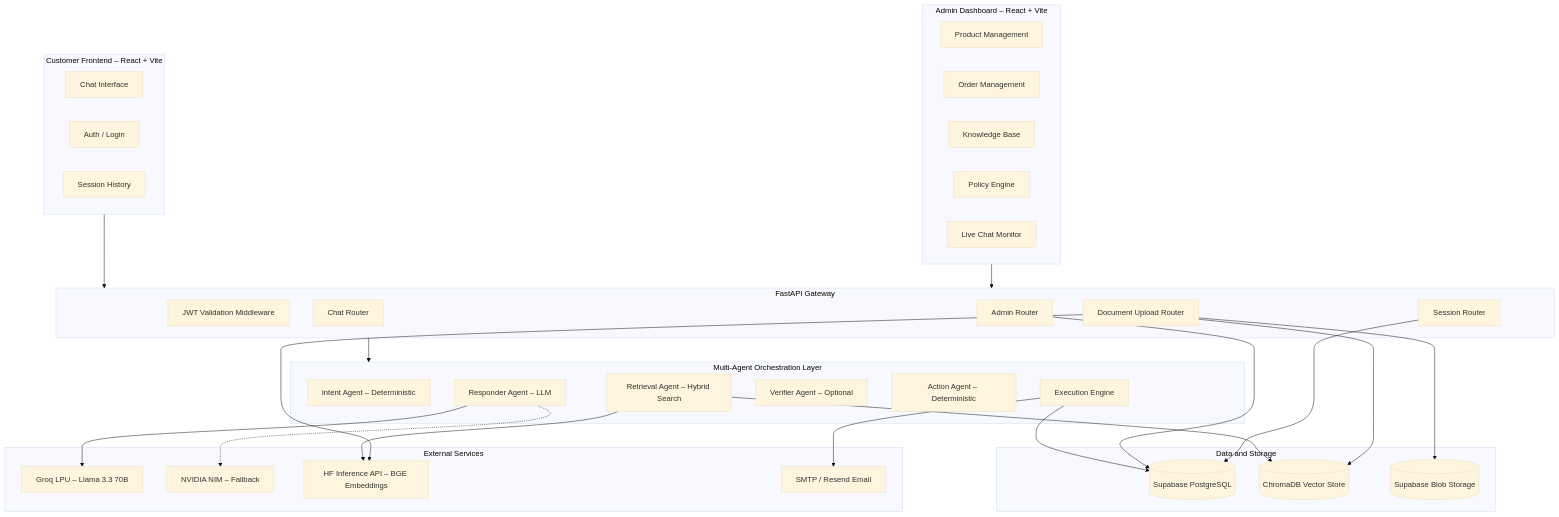
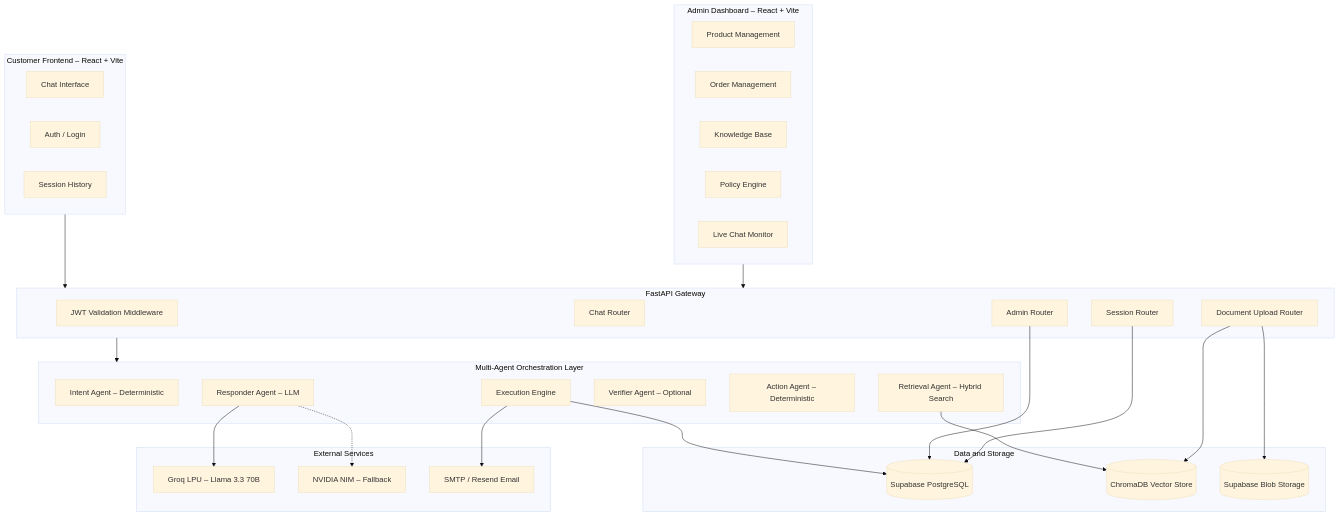
The first of 5 diagrams in README.md (Mohammedkaif-27/AURA), drawn with Mermaid (base theme) before and after one commit. The commit also changed other lines of this file and 22 other files, not shown here.

````diff
--- a/README.md
+++ b/README.md
@@ -40,65 +40,62 @@
 ```mermaid
 graph TD
     subgraph Customer_Frontend ["Customer Frontend ‒ React + Vite"]
         UI_Chat[Chat Interface]
         UI_Auth[Auth / Login]
         UI_History[Session History]
     end
 
     subgraph Admin_Dashboard ["Admin Dashboard ‒ React + Vite"]
         Admin_Products[Product Management]
         Admin_Orders[Order Management]
         Admin_Knowledge[Knowledge Base]
         Admin_Policies[Policy Engine]
         Admin_Live[Live Chat Monitor]
     end
 
     subgraph API_Gateway ["FastAPI Gateway"]
         API_AuthMiddleware[JWT Validation Middleware]
         API_Chat[Chat Router]
         API_Admin[Admin Router]
         API_Upload[Document Upload Router]
         API_Sessions[Session Router]
     end
 
     subgraph Orchestration ["Multi-Agent Orchestration Layer"]
         Agent_Intent[Intent Agent ‒ Deterministic]
         Agent_Retrieval[Retrieval Agent ‒ Hybrid Search]
         Agent_Responder[Responder Agent ‒ LLM]
         Agent_Verifier[Verifier Agent ‒ Optional]
         Agent_Action[Action Agent ‒ Deterministic]
         Agent_Execution[Execution Engine]
     end
 
     subgraph Data_Layer ["Data and Storage"]
         DB_Supabase[("Supabase PostgreSQL")]
         DB_Chroma[("ChromaDB Vector Store")]
         Storage_Docs[("Supabase Blob Storage")]
     end
 
     subgraph External_APIs ["External Services"]
         LLM_Groq[Groq LPU ‒ Llama 3.3 70B]
         LLM_NVIDIA[NVIDIA NIM ‒ Fallback]
-        Embed_HF[HF Inference API ‒ BGE Embeddings]
         Email_SMTP[SMTP / Resend Email]
     end
 
     Customer_Frontend --> API_Gateway
     Admin_Dashboard --> API_Gateway
 
     API_Gateway --> Orchestration
 
     Agent_Retrieval --> DB_Chroma
-    Agent_Retrieval --> Embed_HF
     Agent_Responder --> LLM_Groq
     Agent_Responder -.-> LLM_NVIDIA
     Agent_Execution --> DB_Supabase
     Agent_Execution --> Email_SMTP
 
     API_Upload --> Storage_Docs
     API_Upload --> DB_Chroma
-    API_Upload --> Embed_HF
 
     API_Admin --> DB_Supabase
     API_Sessions --> DB_Supabase
 ```
````
